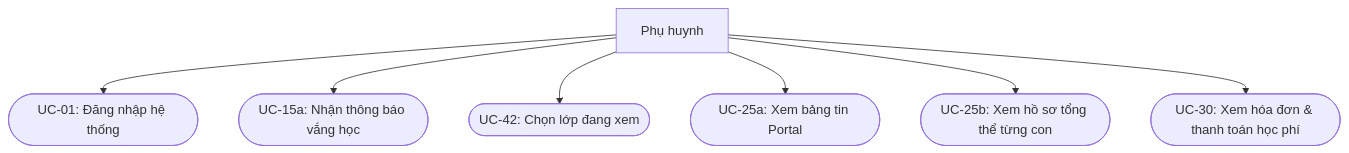
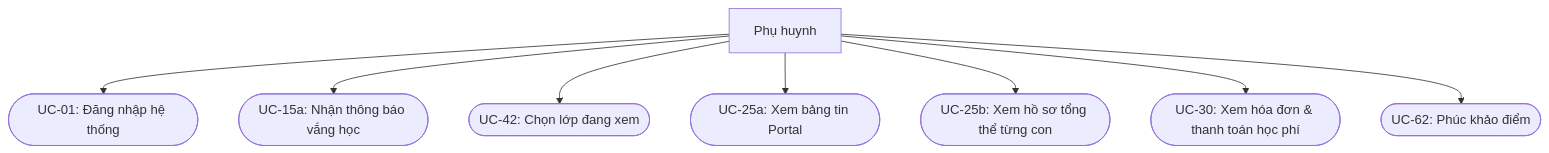
One commit to langtuananh2424/pps-education changed the diagram in docs/diagrams/usecase-actors/UseCase-PhuHuynh.mmd. Above: the diagram before and after it, drawn with Mermaid. The commit also changed 43 other files, not shown here.

```diff
--- a/docs/diagrams/usecase-actors/UseCase-PhuHuynh.mmd
+++ b/docs/diagrams/usecase-actors/UseCase-PhuHuynh.mmd
@@ -1,16 +1,18 @@
 graph TD
     PhuHuynh[Phụ huynh]
 
     UC01(["UC-01: Đăng nhập hệ thống"])
     UC15a(["UC-15a: Nhận thông báo vắng học"])
     UC42(["UC-42: Chọn lớp đang xem"])
     UC25a(["UC-25a: Xem bảng tin Portal"])
     UC25b(["UC-25b: Xem hồ sơ tổng thể từng con"])
     UC30(["UC-30: Xem hóa đơn & thanh toán học phí"])
+    UC62(["UC-62: Phúc khảo điểm"])
 
     PhuHuynh --> UC01
     PhuHuynh --> UC15a
     PhuHuynh --> UC42
     PhuHuynh --> UC25a
     PhuHuynh --> UC25b
     PhuHuynh --> UC30
+    PhuHuynh --> UC62
```
